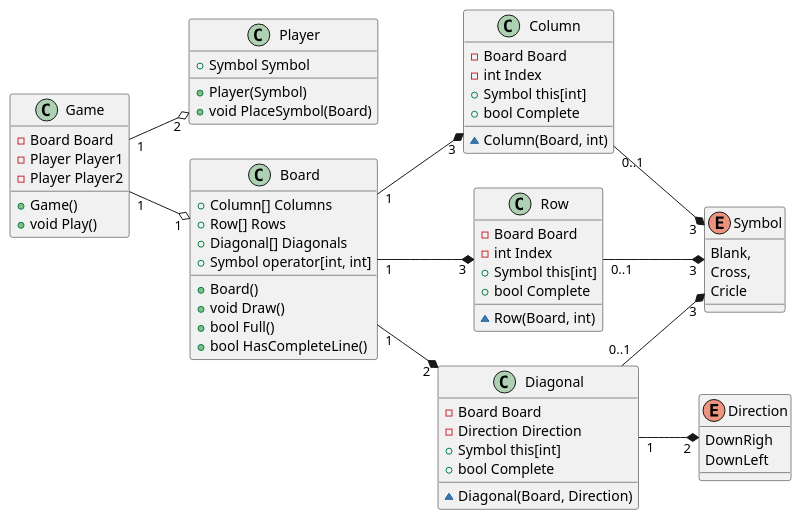
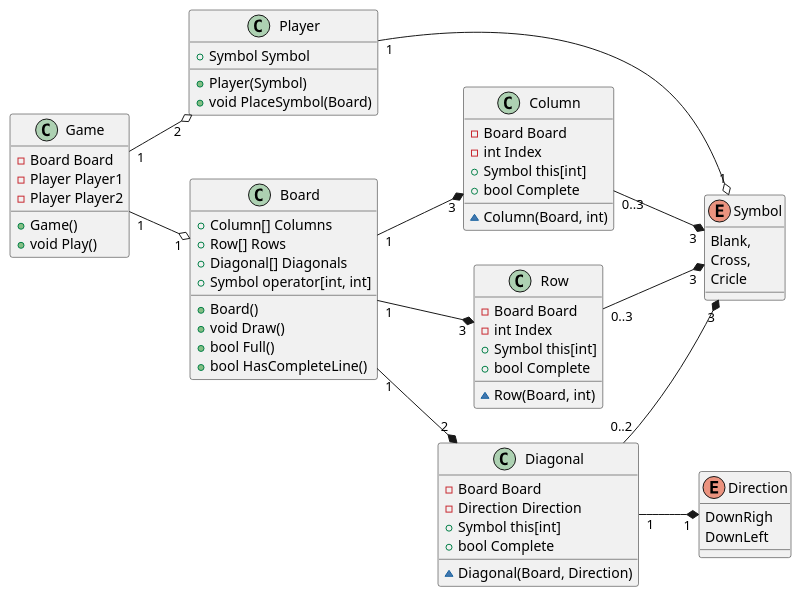
Before and after one commit to jonaskeisu/newton-sysg-op1: the second of 3 diagrams in lektioner/13-objektorienterad-programmering/13-objektorienterad-programmering.notes.md, drawn with PlantUML. The commit also changed other lines of this file and 4 other files, not shown here.

````diff
--- a/lektioner/13-objektorienterad-programmering/13-objektorienterad-programmering.notes.md
+++ b/lektioner/13-objektorienterad-programmering/13-objektorienterad-programmering.notes.md
@@ -121,81 +121,82 @@
 ```plantuml
 left to right direction
 class Game
 {
     - Board Board
     - Player Player1
     - Player Player2
     + Game()
     + void Play()
 }
 
 class Player
 {
     + Symbol Symbol
     + Player(Symbol)
     + void PlaceSymbol(Board)
 }
 
 Game "1" --o "2" Player
 Game "1" --o "1" Board
+Player "1" --o "1" Symbol
 
 class Board
 {
     + Column[] Columns
     + Row[] Rows
     + Diagonal[] Diagonals
     + Symbol operator[int, int]
     + Board()
     + void Draw()
     + bool Full()
     + bool HasCompleteLine()
 }
 
 enum Symbol
 {
     Blank,
     Cross,
     Cricle
 }
 
 class Column 
 {
     - Board Board
     - int Index
     + Symbol this[int]
     + bool Complete
     ~ Column(Board, int)
 }
 
 class Row 
 {
     - Board Board
     - int Index
     + Symbol this[int]
     + bool Complete
     ~ Row(Board, int)
 }
 
 enum Direction
 {
     DownRigh
     DownLeft
 }
 
 class Diagonal 
 {
     - Board Board
     - Direction Direction
     + Symbol this[int]
     + bool Complete
     ~ Diagonal(Board, Direction)
 }
 
 Board "1" --* "3" Row
 Board "1" --* "3" Column
 Board "1" --* "2" Diagonal
-Row "0..1" --* "3" Symbol
-Column "0..1" --* "3" Symbol
-Diagonal "0..1" --* "3" Symbol
-Diagonal "1" --* "2" Direction
+Row "0..3" --* "3" Symbol
+Column "0..3" --* "3" Symbol
+Diagonal "0..2" --* "3" Symbol
+Diagonal "1" --* "1" Direction
 ```
````
